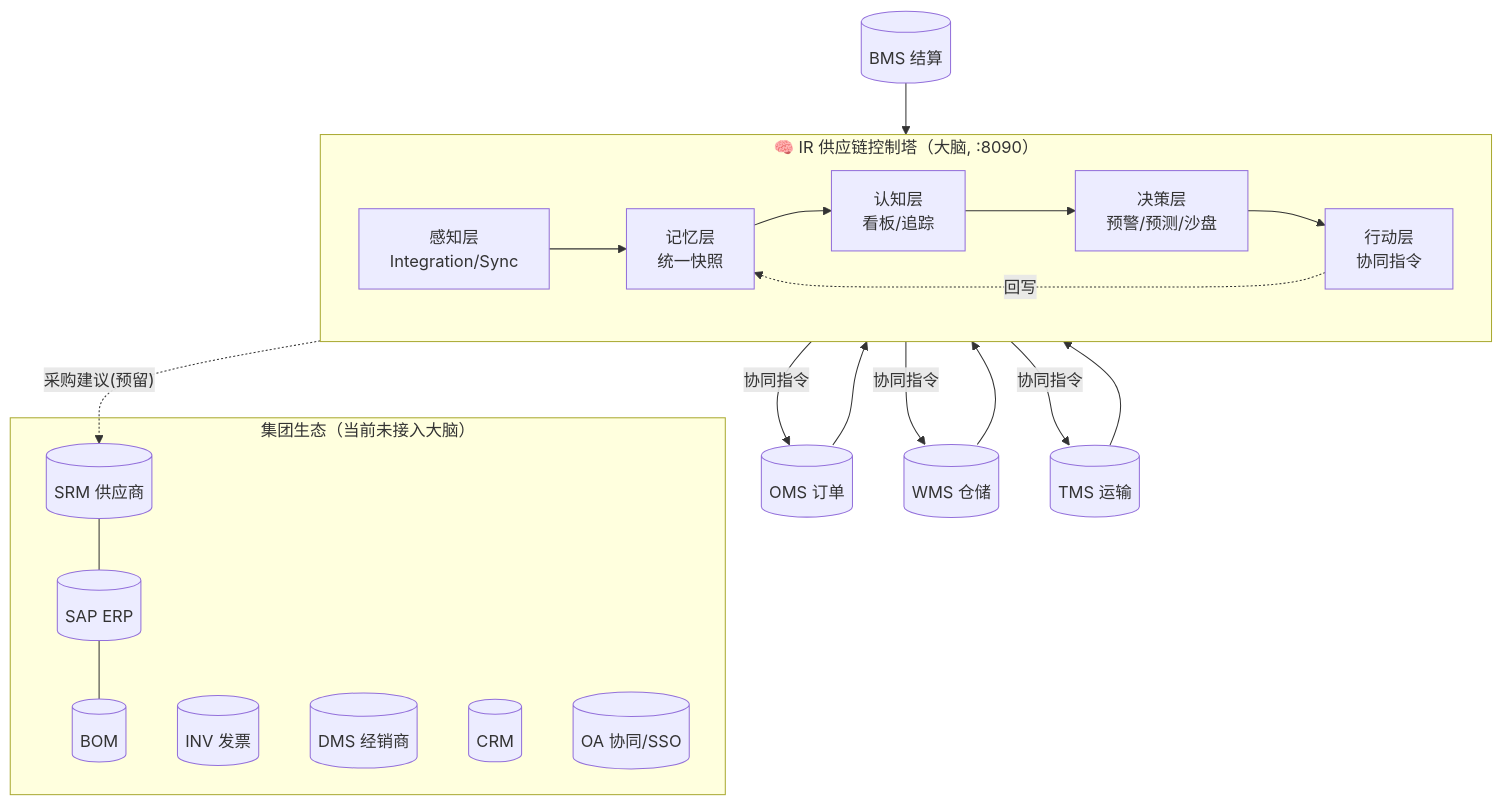
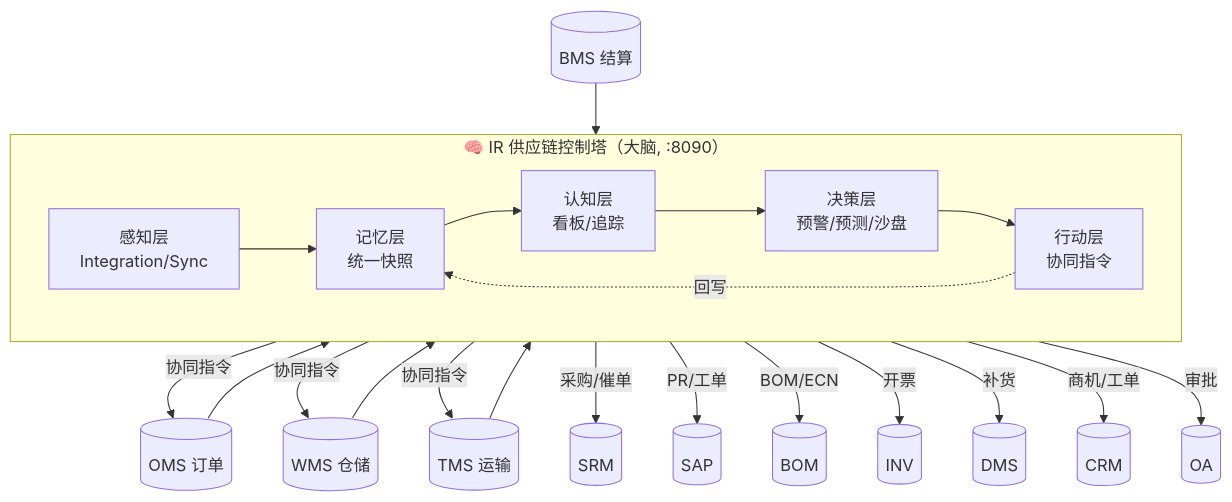
The first of 3 diagrams in docs/供应链大脑架构.md (mengzhihua/ir), drawn with Mermaid before and after one commit. The commit also changed other lines of this file and 1 other file, not shown here.

````diff
--- a/docs/供应链大脑架构.md
+++ b/docs/供应链大脑架构.md
@@ -44,29 +46,27 @@
 ```mermaid
 flowchart TB
     subgraph BRAIN["🧠 IR 供应链控制塔（大脑, :8090）"]
         direction LR
         P[感知层<br/>Integration/Sync]
         M[记忆层<br/>统一快照]
         C[认知层<br/>看板/追踪]
         D[决策层<br/>预警/预测/沙盘]
         A[行动层<br/>协同指令]
         P --> M --> C --> D --> A -.回写.-> M
     end
 
     OMS[(OMS 订单)] --> BRAIN
     WMS[(WMS 仓储)] --> BRAIN
     TMS[(TMS 运输)] --> BRAIN
     BMS[(BMS 结算)] --> BRAIN
     BRAIN -->|协同指令| OMS
     BRAIN -->|协同指令| WMS
     BRAIN -->|协同指令| TMS
-    BRAIN -.采购建议(预留).-> SRM[(SRM 供应商)]
-
-    subgraph ECO["集团生态（当前未接入大脑）"]
-        SRM --- SAP[(SAP ERP)] --- BOM[(BOM)]
-        INV[(INV 发票)]
-        DMS[(DMS 经销商)]
-        CRM[(CRM)]
-        OA[(OA 协同/SSO)]
-    end
+    BRAIN -->|采购/催单| SRM[(SRM)]
+    BRAIN -->|PR/工单| SAP[(SAP)]
+    BRAIN -->|BOM/ECN| BOM[(BOM)]
+    BRAIN -->|开票| INV[(INV)]
+    BRAIN -->|补货| DMS[(DMS)]
+    BRAIN -->|商机/工单| CRM[(CRM)]
+    BRAIN -->|审批| OA[(OA)]
 ```
````
